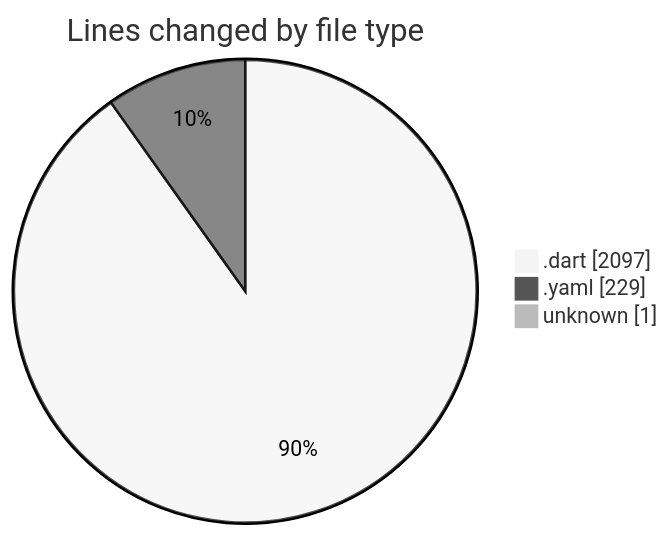
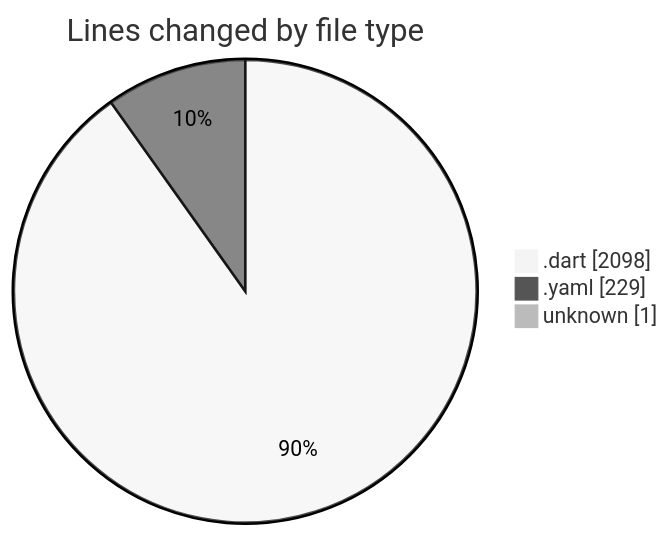
The first of 2 diagrams in 2025-03-08/uber_clone/README.md (donsfak/code-tracking), drawn with Mermaid (neutral theme) before and after one commit. The commit also changed other lines of this file and 1 other file, not shown here.

````diff
--- a/2025-03-08/uber_clone/README.md
+++ b/2025-03-08/uber_clone/README.md
@@ -24,7 +24,7 @@
 ```mermaid
 pie showData
 title Lines changed by file type
-".dart" : 2097
+".dart" : 2098
 ".yaml" : 229
 "unknown" : 1
 ```
````
